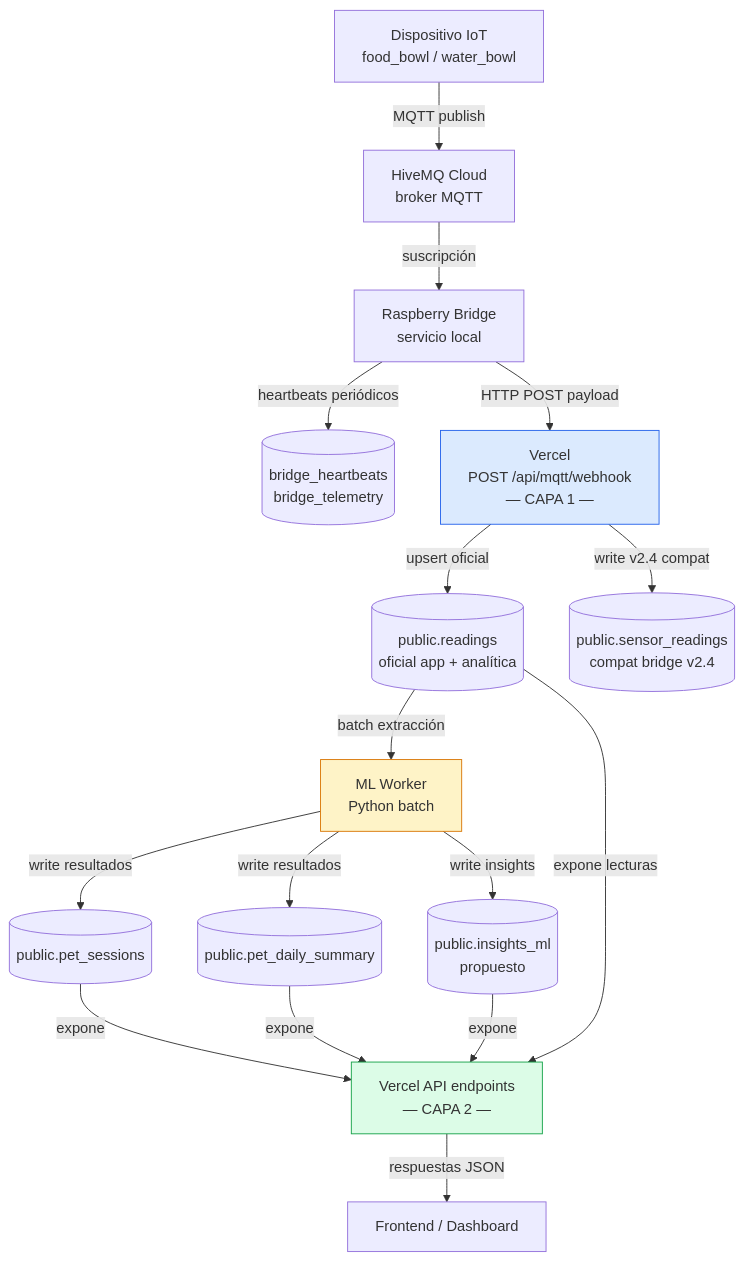
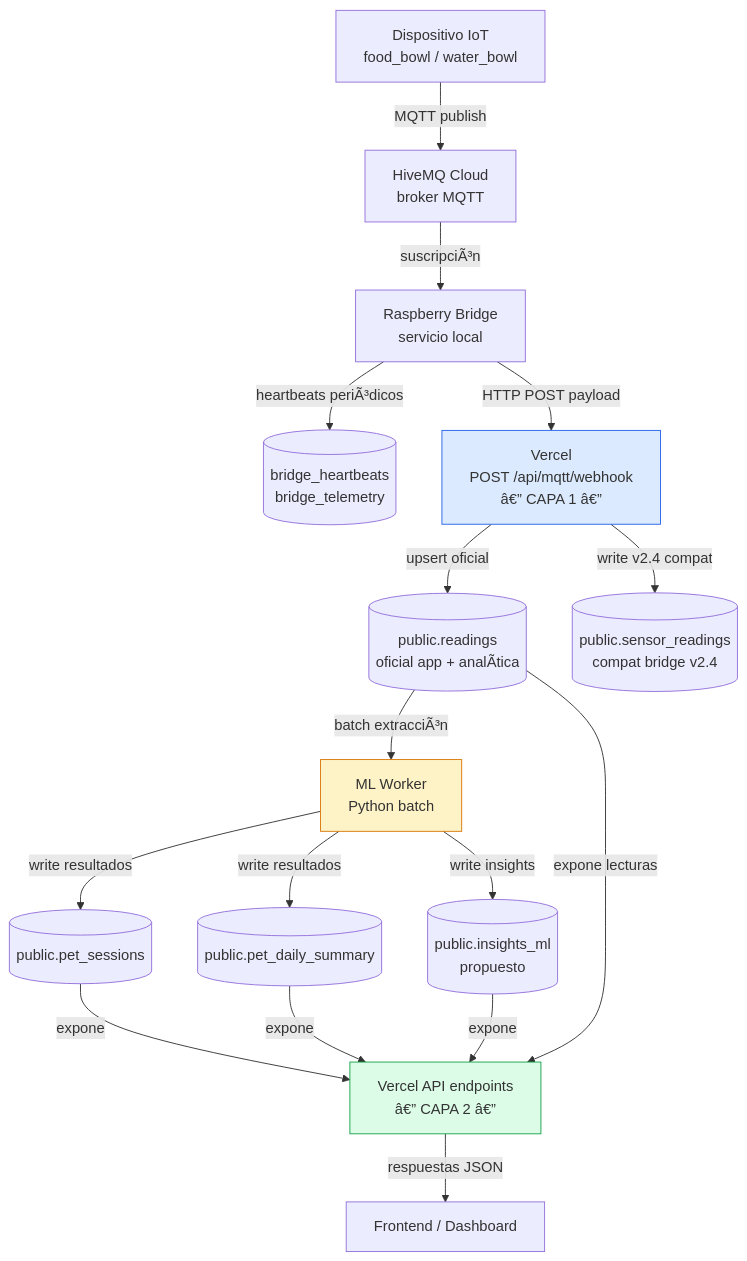
One commit to kittypau-mascotas/kittypau_2026 changed the second of 6 diagrams in Docs/KittyPau_Arquitectura_Datos_v3.md. Above: the diagram before and after it, drawn with Mermaid. The commit also changed other lines of this file and 6 other files, not shown here.

````diff
--- a/Docs/KittyPau_Arquitectura_Datos_v3.md
+++ b/Docs/KittyPau_Arquitectura_Datos_v3.md
@@ -91,36 +93,36 @@
 ```mermaid
 flowchart TD
     IOT[Dispositivo IoT\nfood_bowl / water_bowl]
     MQTT[HiveMQ Cloud\nbroker MQTT]
     BRIDGE[Raspberry Bridge\nservicio local]
     HEARTBEATS[(bridge_heartbeats\nbridge_telemetry)]
-    WEBHOOK[Vercel\nPOST /api/mqtt/webhook\n— CAPA 1 —]
-    READINGS[(public.readings\noficial app + analítica)]
+    WEBHOOK[Vercel\nPOST /api/mqtt/webhook\nâ€” CAPA 1 â€”]
+    READINGS[(public.readings\noficial app + analÃ­tica)]
     SENSOR_R[(public.sensor_readings\ncompat bridge v2.4)]
     ML[ML Worker\nPython batch]
     SESSIONS[(public.pet_sessions)]
     DAILY[(public.pet_daily_summary)]
     INSIGHTS_ML[(public.insights_ml\npropuesto)]
-    API[Vercel API endpoints\n— CAPA 2 —]
+    API[Vercel API endpoints\nâ€” CAPA 2 â€”]
     FRONTEND[Frontend / Dashboard]
 
     IOT -->|MQTT publish| MQTT
-    MQTT -->|suscripción| BRIDGE
-    BRIDGE -->|heartbeats periódicos| HEARTBEATS
+    MQTT -->|suscripciÃ³n| BRIDGE
+    BRIDGE -->|heartbeats periÃ³dicos| HEARTBEATS
     BRIDGE -->|HTTP POST payload| WEBHOOK
     WEBHOOK -->|upsert oficial| READINGS
     WEBHOOK -->|write v2.4 compat| SENSOR_R
-    READINGS -->|batch extracción| ML
+    READINGS -->|batch extracciÃ³n| ML
     ML -->|write resultados| SESSIONS
     ML -->|write resultados| DAILY
     ML -->|write insights| INSIGHTS_ML
     SESSIONS -->|expone| API
     DAILY -->|expone| API
     INSIGHTS_ML -->|expone| API
     READINGS -->|expone lecturas| API
     API -->|respuestas JSON| FRONTEND
 
     style WEBHOOK fill:#dbeafe,stroke:#2563eb
     style API fill:#dcfce7,stroke:#16a34a
     style ML fill:#fef3c7,stroke:#d97706
 ```
````
